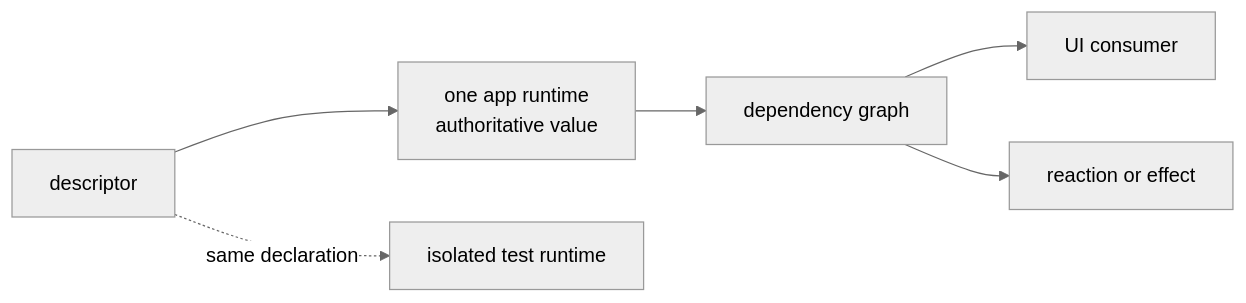
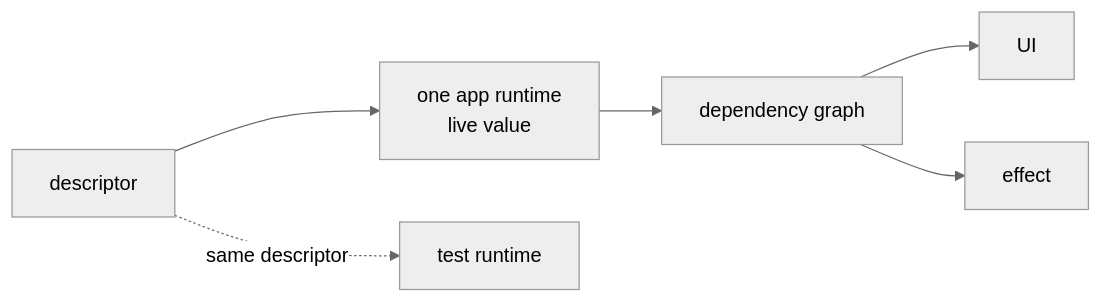
The diagram in docs/design.md (skeswa/cog), drawn with Mermaid (neutral theme) before and after one commit. The commit also changed other lines of this file and 8 other files, not shown here.

````diff
--- a/docs/design.md
+++ b/docs/design.md
@@ -99,8 +74,8 @@
 ```mermaid
 flowchart LR
-    D["descriptor"] --> A["one app runtime<br/>authoritative value"]
+    D["descriptor"] --> A["one app runtime<br/>live value"]
     A --> G["dependency graph"]
-    G --> U1["UI consumer"]
-    G --> E["reaction or effect"]
-    D -. same declaration .-> T["isolated test runtime"]
+    G --> U["UI"]
+    G --> E["effect"]
+    D -. same descriptor .-> T["test runtime"]
 ```
````
